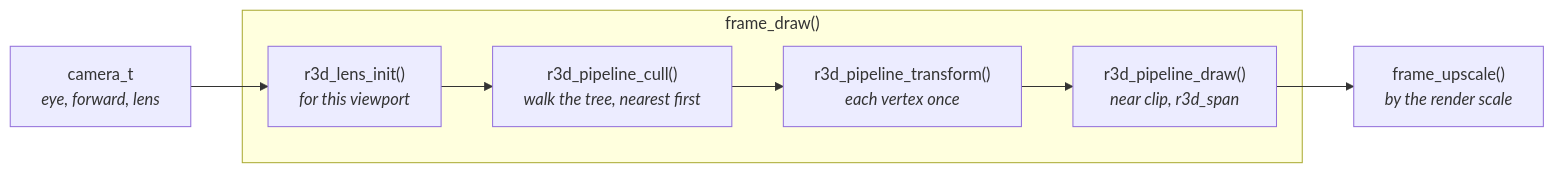
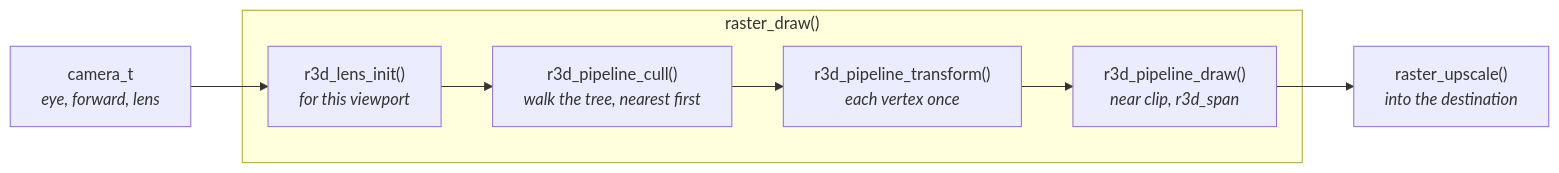
Before and after one commit to jose-villegas/autana: the first of 3 diagrams in docs/Mesh-Rendering.md, drawn with Mermaid. The commit also changed other lines of this file and 34 other files, not shown here.

Commit message:
render: frame becomes raster - destination size, scratch carved inside, trs back to r3d_

````diff
--- a/docs/Mesh-Rendering.md
+++ b/docs/Mesh-Rendering.md
@@ -64,10 +66,10 @@
 ```mermaid
 flowchart LR
     Camera["camera_t<br/><i>eye, forward, lens</i>"] --> Lens
-    subgraph Render["frame_draw()"]
+    subgraph Render["raster_draw()"]
         Lens["r3d_lens_init()<br/><i>for this viewport</i>"] --> Cull
         Cull["r3d_pipeline_cull()<br/><i>walk the tree, nearest first</i>"] --> Transform["r3d_pipeline_transform()<br/><i>each vertex once</i>"]
         Transform --> Draw["r3d_pipeline_draw()<br/><i>near clip, r3d_span</i>"]
     end
-    Draw --> Upscale["frame_upscale()<br/><i>by the render scale</i>"]
+    Draw --> Upscale["raster_upscale()<br/><i>into the destination</i>"]
 ```
````
